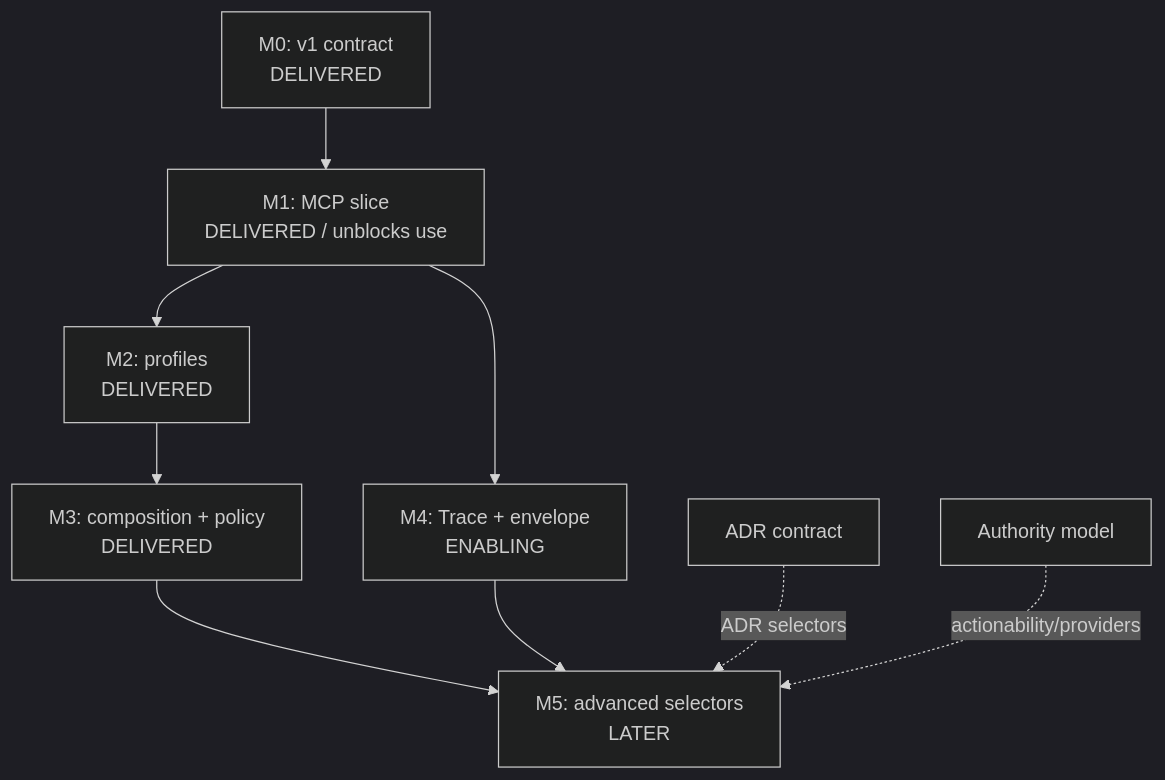
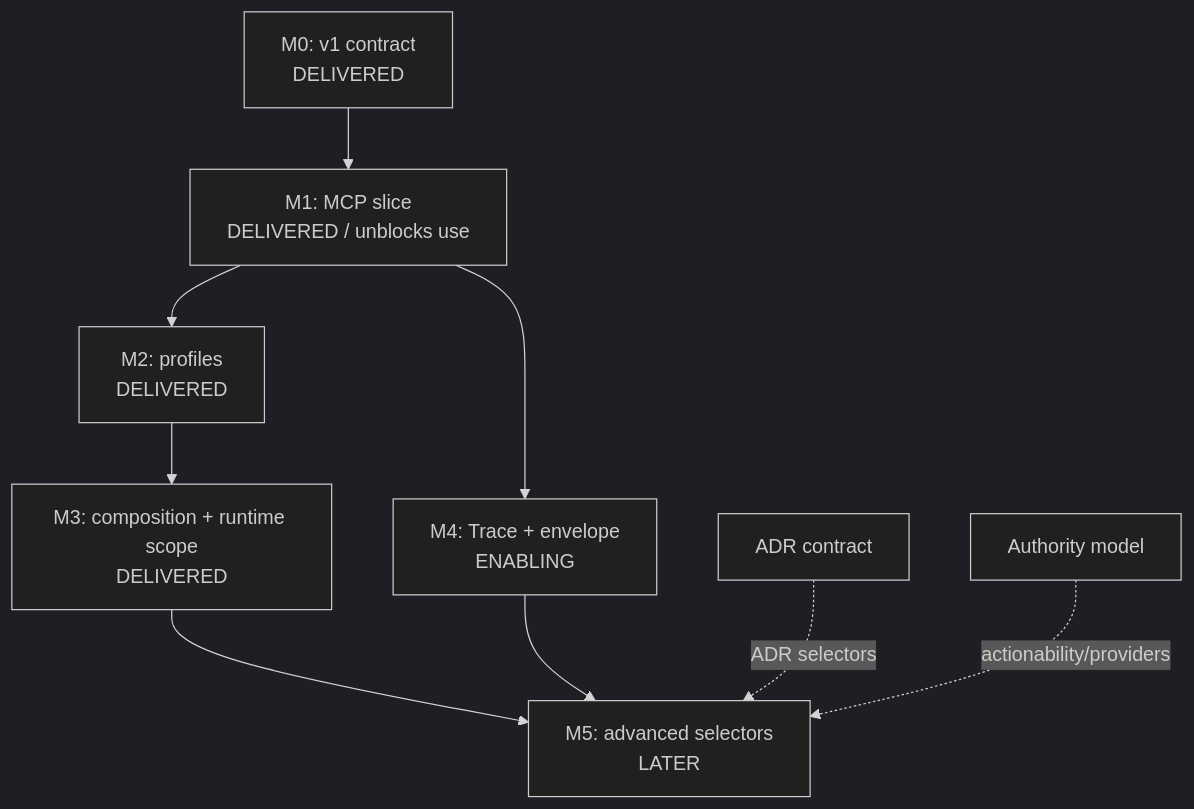
The second of 2 diagrams in docs/2_Todo/declarative-retrieval-specification-proposal.md (jnl-tshi/memory-seed), drawn with Mermaid (dark theme) before and after one commit. The commit also changed other lines of this file and 33 other files, not shown here.

````diff
--- a/docs/2_Todo/declarative-retrieval-specification-proposal.md
+++ b/docs/2_Todo/declarative-retrieval-specification-proposal.md
@@ -388,11 +404,11 @@
 ```mermaid
 flowchart TD
   M0["M0: v1 contract<br>DELIVERED"] --> M1["M1: MCP slice<br>DELIVERED / unblocks use"]
   M1 --> M2["M2: profiles<br>DELIVERED"]
-  M2 --> M3["M3: composition + policy<br>DELIVERED"]
+  M2 --> M3["M3: composition + runtime scope<br>DELIVERED"]
   M1 --> M4["M4: Trace + envelope<br>ENABLING"]
   M3 --> M5["M5: advanced selectors<br>LATER"]
   M4 --> M5
   ADR["ADR contract"] -. "ADR selectors" .-> M5
   AUTH["Authority model"] -. "actionability/providers" .-> M5
 ```
````
